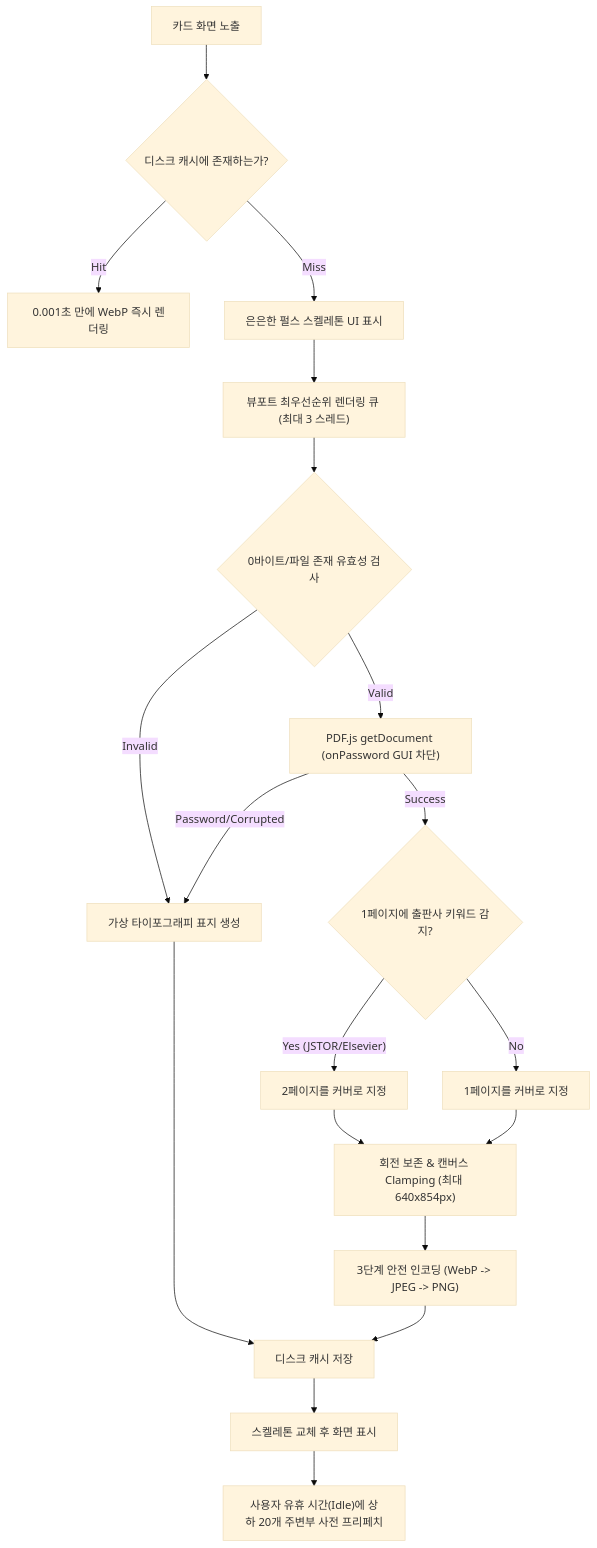
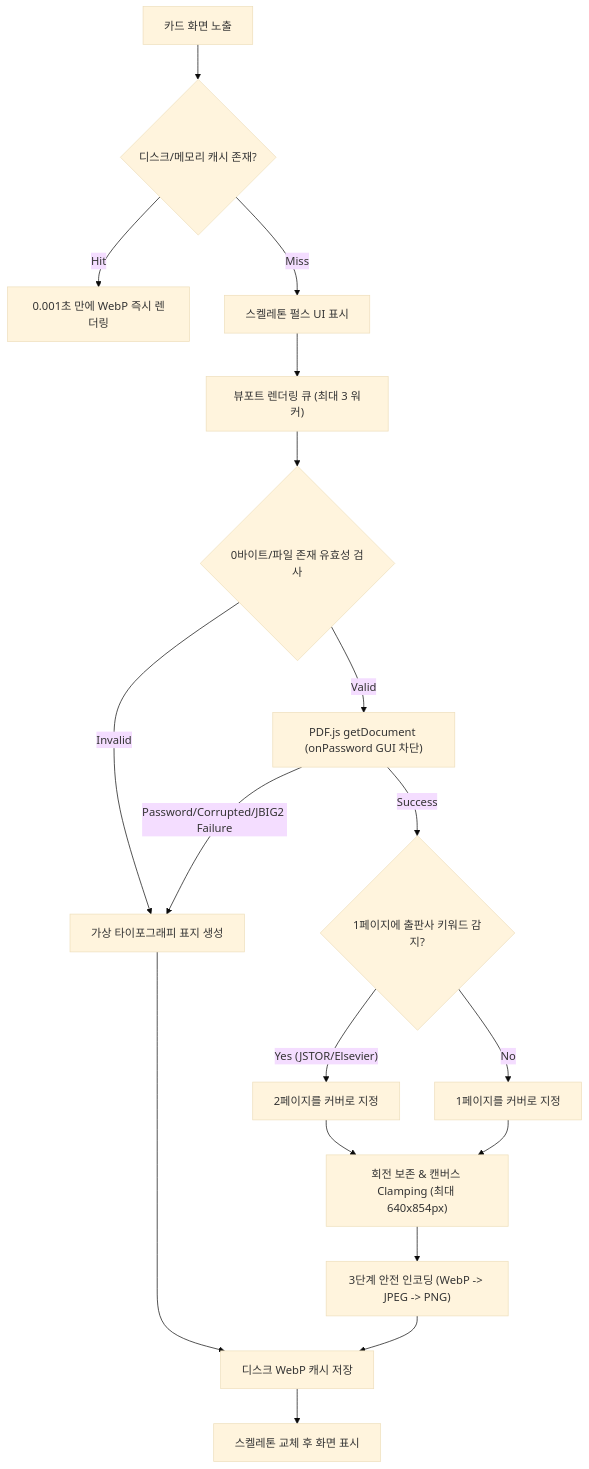
The diagram in PRD.md (JuKang80/zotero-cover-grid), drawn with Mermaid (base theme) before and after one commit. The commit also changed other lines of this file and 1 other file, not shown here.

Commit message:
docs: 개발 문서(PRD, ROADMAP) 최신 런타임 상태 동기화 및 불필요한 중복 코드/TMI 정리

````diff
--- a/PRD.md
+++ b/PRD.md
@@ -190,26 +90,24 @@
 ```mermaid
 flowchart TD
-    CardVisible["카드 화면 노출"] --> CacheCheck{"디스크 캐시에 존재하는가?"}
+    CardVisible["카드 화면 노출"] --> CacheCheck{"디스크/메모리 캐시 존재?"}
     
     CacheCheck -- "Hit" --> InstantLoad["0.001초 만에 WebP 즉시 렌더링"]
-    CacheCheck -- "Miss" --> Skeleton["은은한 펄스 스켈레톤 UI 표시"]
+    CacheCheck -- "Miss" --> Skeleton["스켈레톤 펄스 UI 표시"]
     
-    Skeleton --> ViewportQueue["뷰포트 최우선순위 렌더링 큐 (최대 3 스레드)"]
+    Skeleton --> ViewportQueue["뷰포트 렌더링 큐 (최대 3 워커)"]
     ViewportQueue --> PreCheck{"0바이트/파일 존재 유효성 검사"}
     PreCheck -- "Invalid" --> FallbackCover["가상 타이포그래피 표지 생성"]
     PreCheck -- "Valid" --> PDFJS["PDF.js getDocument (onPassword GUI 차단)"]
     
-    PDFJS -- "Password/Corrupted" --> FallbackCover
+    PDFJS -- "Password/Corrupted/JBIG2 Failure" --> FallbackCover
     PDFJS -- "Success" --> SplashCheck{"1페이지에 출판사 키워드 감지?"}
     SplashCheck -- "Yes (JSTOR/Elsevier)" --> RenderP2["2페이지를 커버로 지정"]
     SplashCheck -- "No" --> RenderP1["1페이지를 커버로 지정"]
     
     RenderP2 --> DimensionClamp["회전 보존 & 캔버스 Clamping (최대 640x854px)"]
     RenderP1 --> DimensionClamp
     DimensionClamp --> SafeEncode["3단계 안전 인코딩 (WebP -> JPEG -> PNG)"]
-    SafeEncode --> SaveDisk["디스크 캐시 저장"]
+    SafeEncode --> SaveDisk["디스크 WebP 캐시 저장"]
     FallbackCover --> SaveDisk
     SaveDisk --> Display["스켈레톤 교체 후 화면 표시"]
-    
-    Display --> IdlePrefetch["사용자 유휴 시간(Idle)에 상하 20개 주변부 사전 프리페치"]
 ```
````
